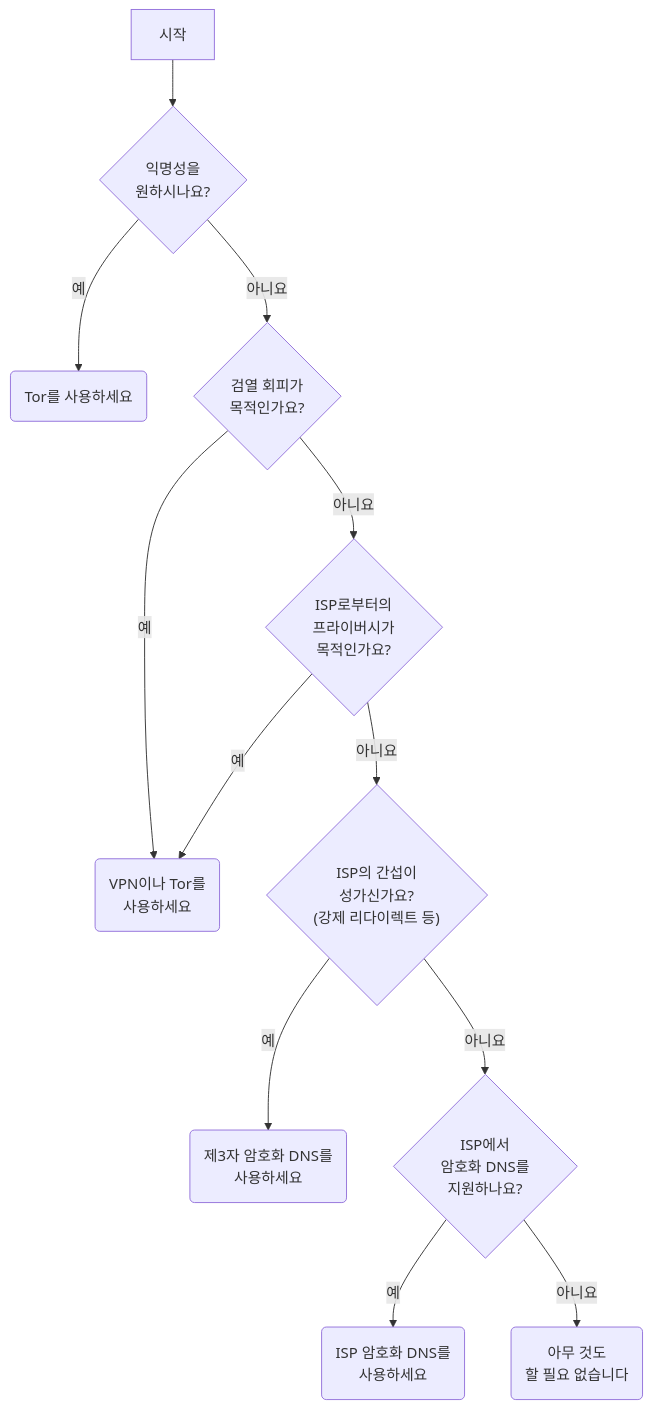
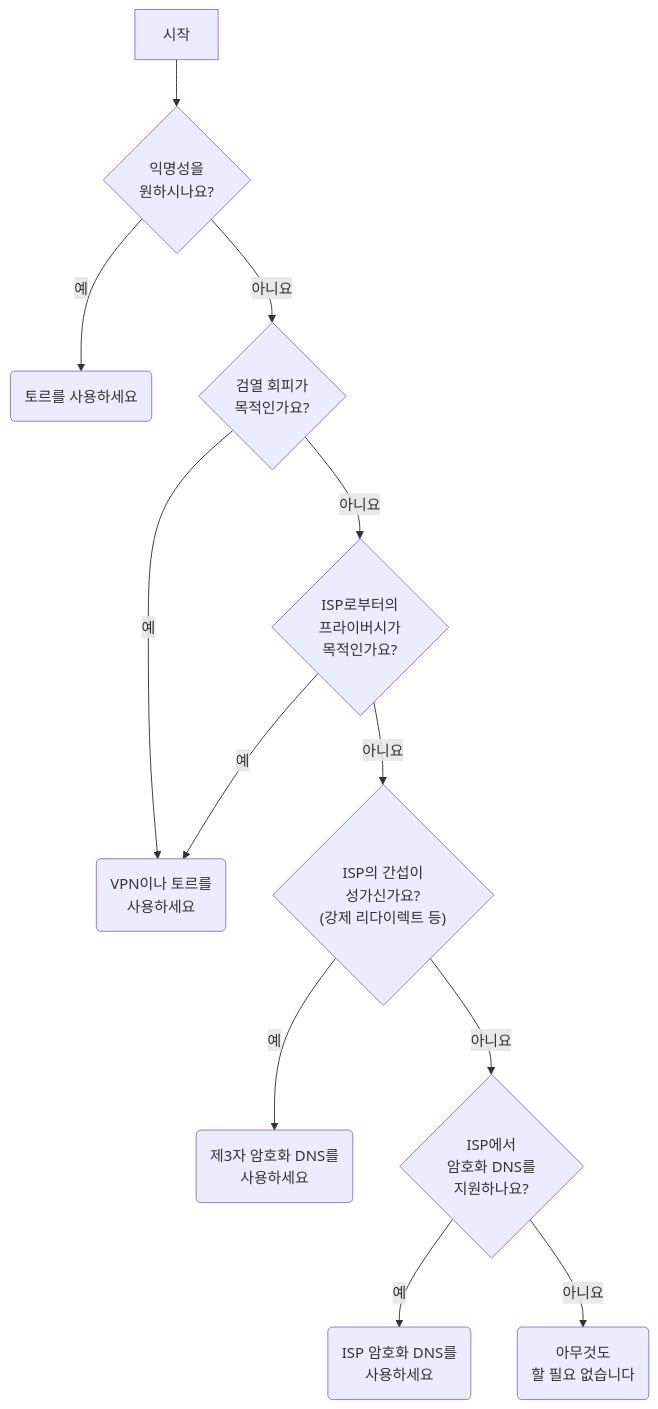
Before and after one commit to privacyguides/i18n: the diagram in i18n/ko/advanced/dns-overview.md, drawn with Mermaid. The commit also changed other lines of this file and 32 other files, not shown here.

````diff
--- a/i18n/ko/advanced/dns-overview.md
+++ b/i18n/ko/advanced/dns-overview.md
@@ -281,14 +281,14 @@
 ``` mermaid
 graph TB
     Start[시작] --> anonymous{익명성을<br>원하시나요?}
-    anonymous--> | 예 | tor(Tor를 사용하세요)
+    anonymous--> | 예 | tor(토르를 사용하세요)
     anonymous --> | 아니요 | censorship{검열 회피가<br>목적인가요?}
-    censorship --> | 예 | vpnOrTor(VPN이나 Tor를<br>사용하세요)
+    censorship --> | 예 | vpnOrTor(VPN이나 토르를<br>사용하세요)
     censorship --> | 아니요 | privacy{ISP로부터의<br>프라이버시가<br>목적인가요?}
     privacy --> | 예 | vpnOrTor
     privacy --> | 아니요 | obnoxious{"ISP의 간섭이<br>성가신가요?<br>(강제 리다이렉트 등)"}
     obnoxious --> | 예 | encryptedDNS(제3자 암호화 DNS를<br>사용하세요)
     obnoxious --> | 아니요 | ispDNS{ISP에서<br>암호화 DNS를<br>지원하나요?}
     ispDNS --> | 예 | useISP(ISP 암호화 DNS를<br>사용하세요)
-    ispDNS --> | 아니요 | nothing(아무 것도<br>할 필요 없습니다)
+    ispDNS --> | 아니요 | nothing(아무것도<br>할 필요 없습니다)
 ```
````
